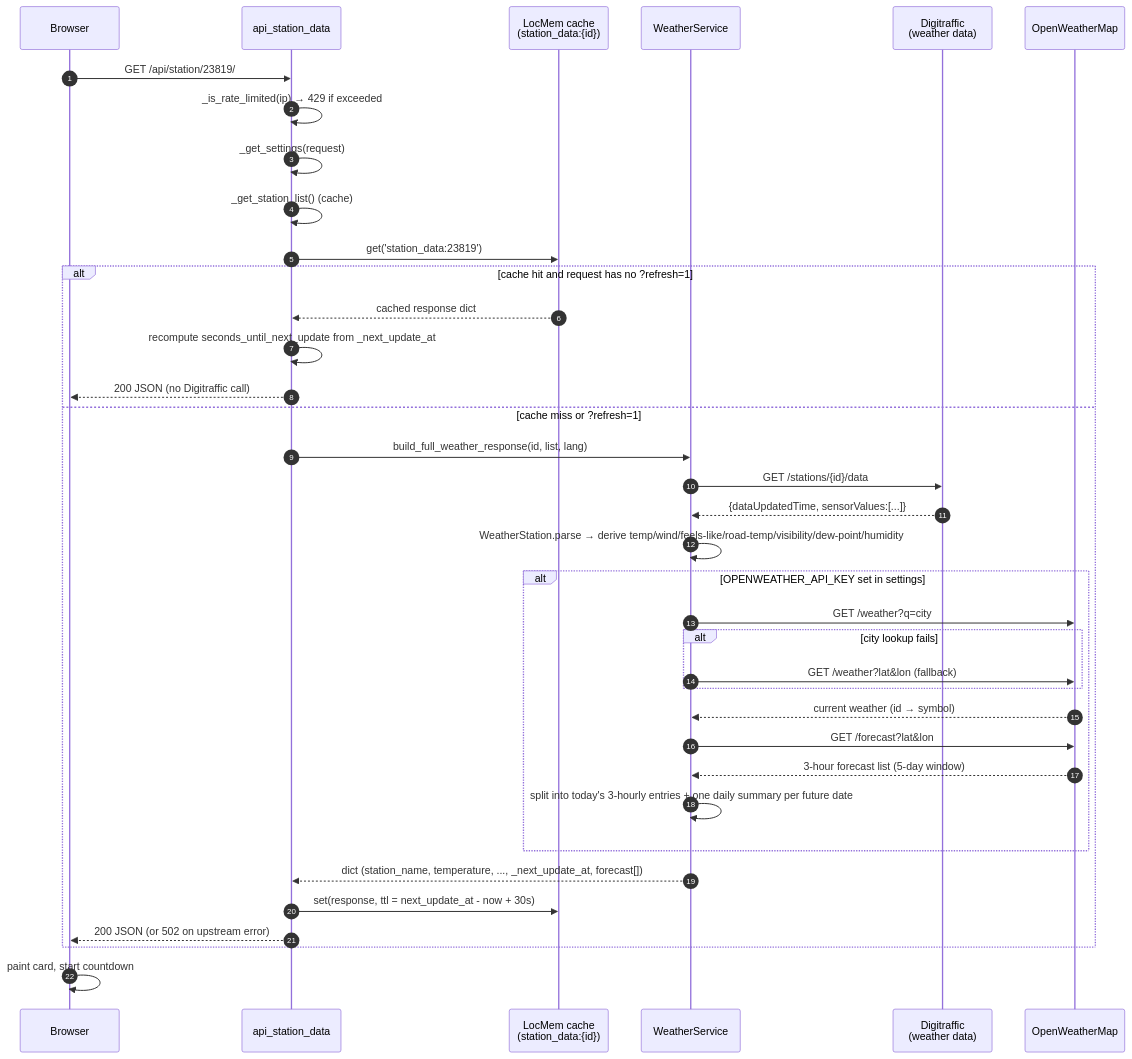
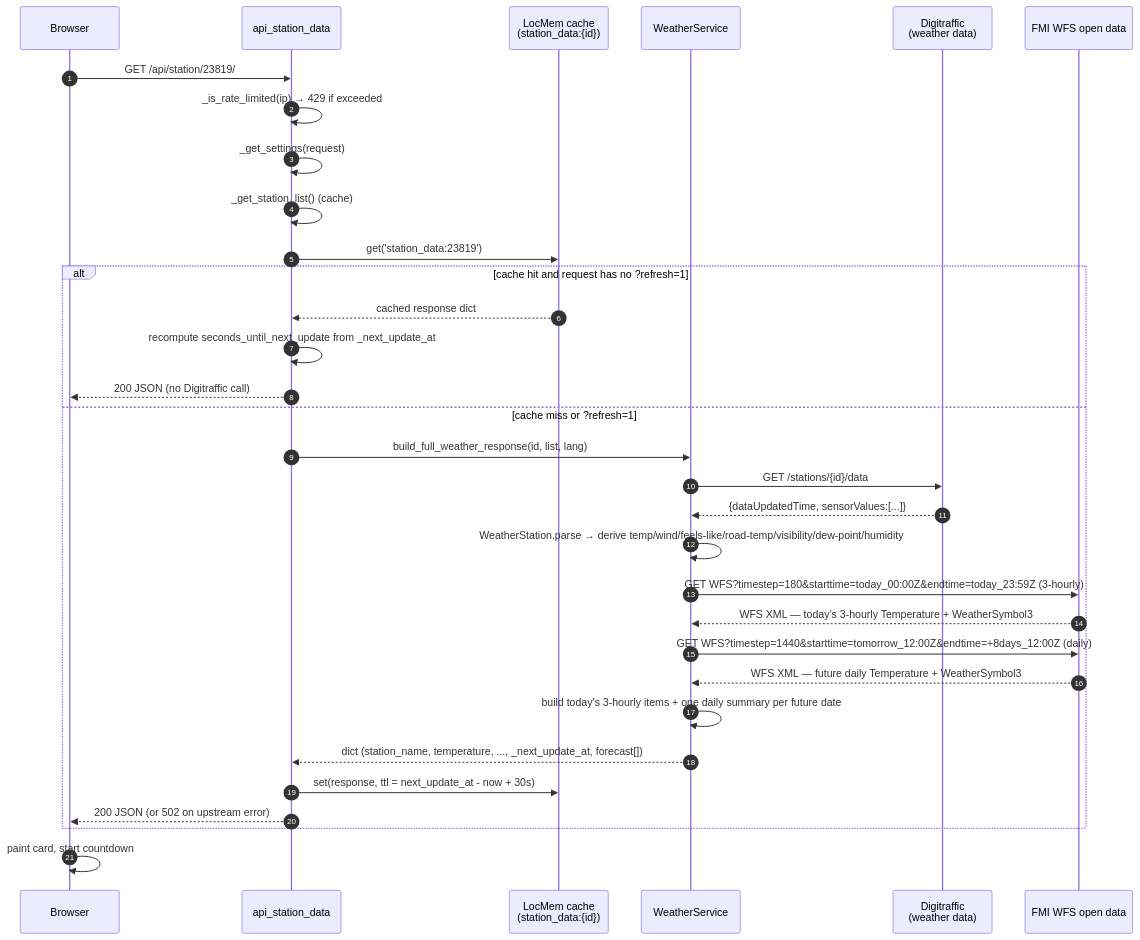
Before and after one commit to jjankkil/weatherview-django: the fourth of 9 diagrams in docs/ARCHITECTURE.md, drawn with Mermaid. The commit also changed other lines of this file and 12 other files, not shown here.

Commit message:
Change forecast service provider to FMI

````diff
--- a/docs/ARCHITECTURE.md
+++ b/docs/ARCHITECTURE.md
@@ -221,40 +222,35 @@
 ```mermaid
 sequenceDiagram
     autonumber
     participant Browser
     participant View as api_station_data
     participant SC as LocMem cache<br/>(station_data:{id})
     participant WS as WeatherService
     participant DT as Digitraffic<br/>(weather data)
-    participant OWM as OpenWeatherMap
+    participant FMI as FMI WFS open data
 
     Browser->>View: GET /api/station/23819/
     View->>View: _is_rate_limited(ip) → 429 if exceeded
     View->>View: _get_settings(request)
     View->>View: _get_station_list() (cache)
     View->>SC: get('station_data:23819')
     alt cache hit and request has no ?refresh=1
         SC-->>View: cached response dict
         View->>View: recompute seconds_until_next_update from _next_update_at
         View-->>Browser: 200 JSON (no Digitraffic call)
     else cache miss or ?refresh=1
         View->>WS: build_full_weather_response(id, list, lang)
         WS->>DT: GET /stations/{id}/data
         DT-->>WS: {dataUpdatedTime, sensorValues:[...]}
         WS->>WS: WeatherStation.parse → derive temp/wind/feels-like/road-temp/visibility/dew-point/humidity
-        alt OPENWEATHER_API_KEY set in settings
-            WS->>OWM: GET /weather?q=city
-            alt city lookup fails
-                WS->>OWM: GET /weather?lat&lon (fallback)
-            end
-            OWM-->>WS: current weather (id → symbol)
-            WS->>OWM: GET /forecast?lat&lon
-            OWM-->>WS: 3-hour forecast list (5-day window)
-            WS->>WS: split into today's 3-hourly entries + one daily summary per future date
-        end
+        WS->>FMI: GET WFS?timestep=180&starttime=today_00:00Z&endtime=today_23:59Z (3-hourly)
+        FMI-->>WS: WFS XML — today’s 3-hourly Temperature + WeatherSymbol3
+        WS->>FMI: GET WFS?timestep=1440&starttime=tomorrow_12:00Z&endtime=+8days_12:00Z (daily)
+        FMI-->>WS: WFS XML — future daily Temperature + WeatherSymbol3
+        WS->>WS: build today’s 3-hourly items + one daily summary per future date
         WS-->>View: dict (station_name, temperature, ..., _next_update_at, forecast[])
         View->>SC: set(response, ttl = next_update_at - now + 30s)
         View-->>Browser: 200 JSON (or 502 on upstream error)
     end
     Browser->>Browser: paint card, start countdown
 ```
````
